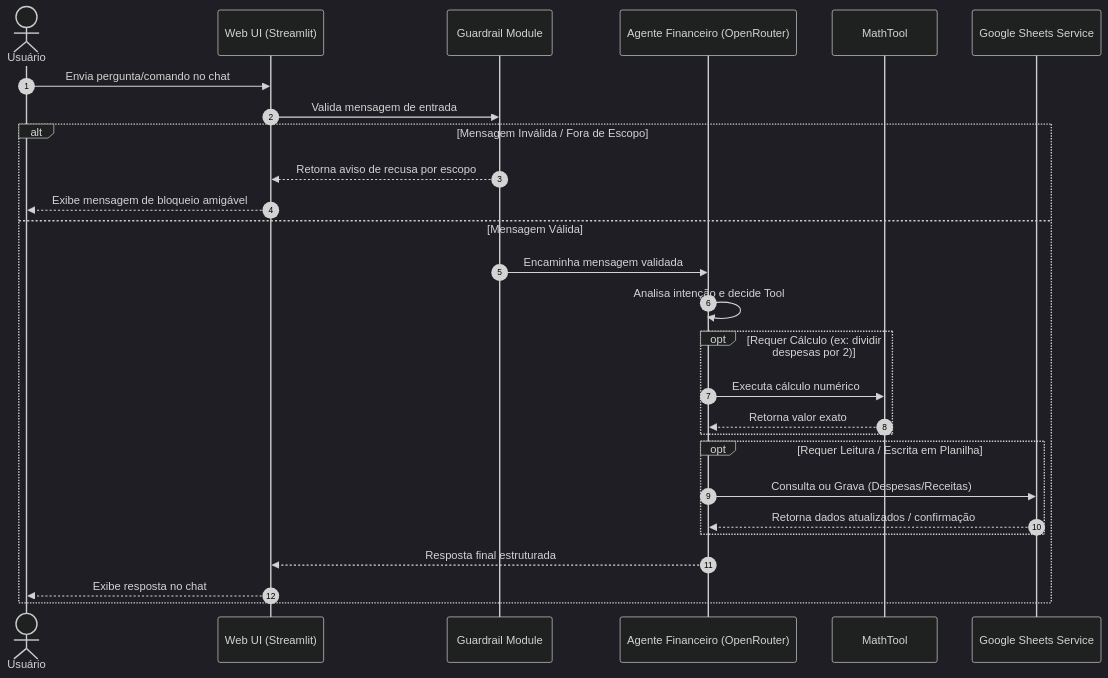
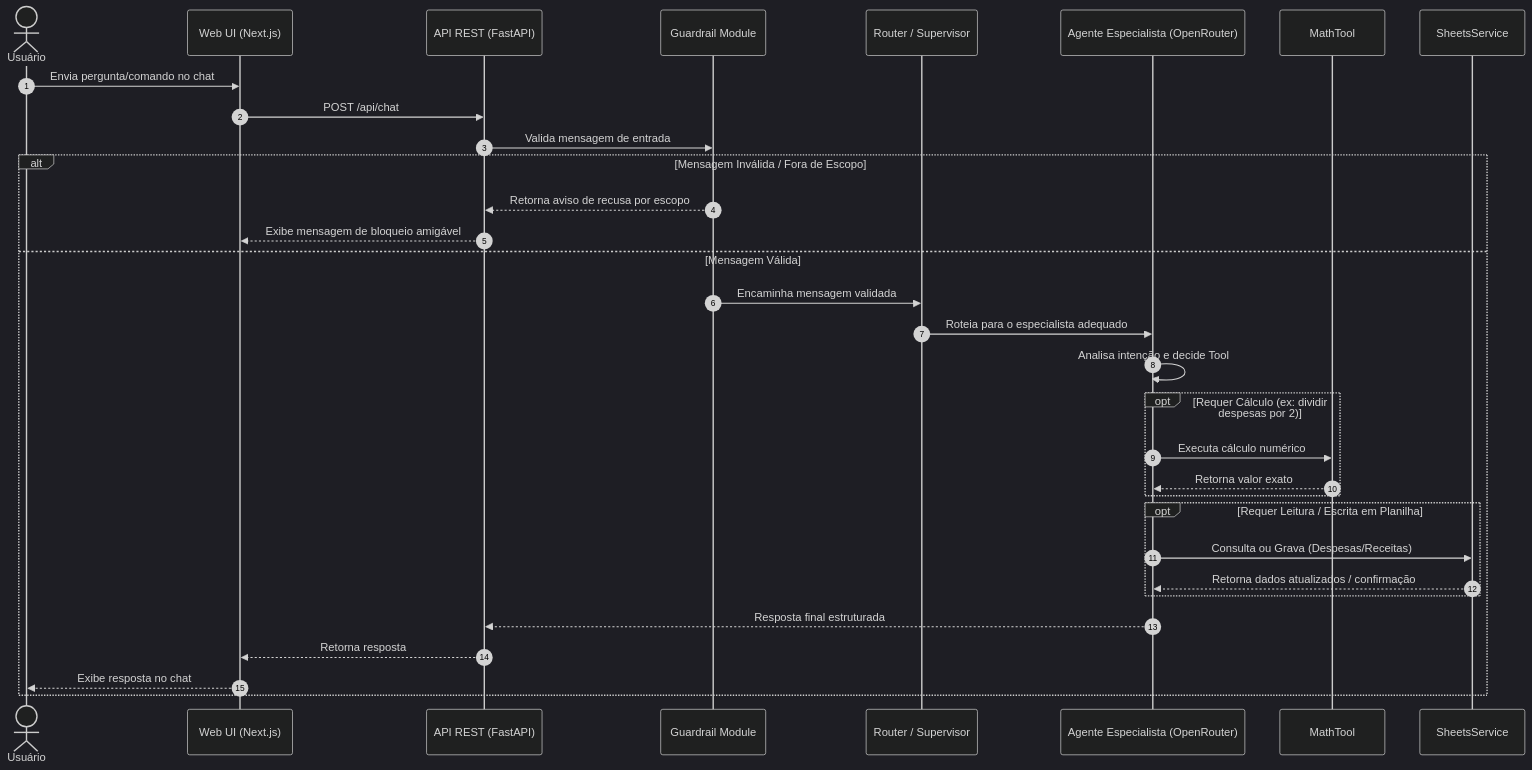
The diagram in sdd/spec/flows.md (nathanramorim/financeiro), drawn with Mermaid (dark theme) before and after one commit. The commit also changed 4 other files, not shown here.

First line of the commit message:
chore(sdd): alinha overview/modules/flows/decisions à arquitetura atual e grava telemetria da revisão

````diff
--- a/sdd/spec/flows.md
+++ b/sdd/spec/flows.md
@@ -5,30 +5,35 @@
 ```mermaid
 sequenceDiagram
     autonumber
     actor User as Usuário
-    participant UI as Web UI (Streamlit)
+    participant UI as Web UI (Next.js)
+    participant API as API REST (FastAPI)
     participant Guardrail as Guardrail Module
-    participant Agent as Agente Financeiro (OpenRouter)
+    participant Router as Router / Supervisor
+    participant Agent as Agente Especialista (OpenRouter)
     participant Math as MathTool
-    participant Sheets as Google Sheets Service
+    participant Sheets as SheetsService
 
     User->>UI: Envia pergunta/comando no chat
-    UI->>Guardrail: Valida mensagem de entrada
+    UI->>API: POST /api/chat
+    API->>Guardrail: Valida mensagem de entrada
     alt Mensagem Inválida / Fora de Escopo
-        Guardrail-->>UI: Retorna aviso de recusa por escopo
-        UI-->>User: Exibe mensagem de bloqueio amigável
+        Guardrail-->>API: Retorna aviso de recusa por escopo
+        API-->>UI: Exibe mensagem de bloqueio amigável
     else Mensagem Válida
-        Guardrail->>Agent: Encaminha mensagem validada
+        Guardrail->>Router: Encaminha mensagem validada
+        Router->>Agent: Roteia para o especialista adequado
         Agent->>Agent: Analisa intenção e decide Tool
         opt Requer Cálculo (ex: dividir despesas por 2)
             Agent->>Math: Executa cálculo numérico
             Math-->>Agent: Retorna valor exato
         end
         opt Requer Leitura / Escrita em Planilha
             Agent->>Sheets: Consulta ou Grava (Despesas/Receitas)
             Sheets-->>Agent: Retorna dados atualizados / confirmação
         end
-        Agent-->>UI: Resposta final estruturada
+        Agent-->>API: Resposta final estruturada
+        API-->>UI: Retorna resposta
         UI-->>User: Exibe resposta no chat
     end
 ```
````
